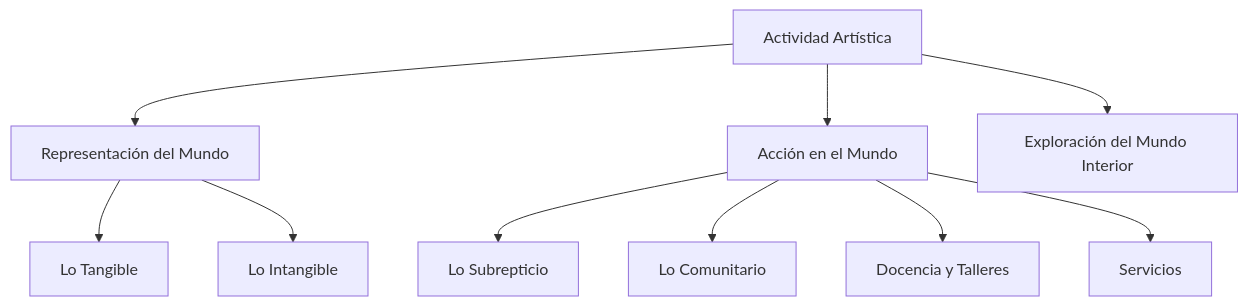
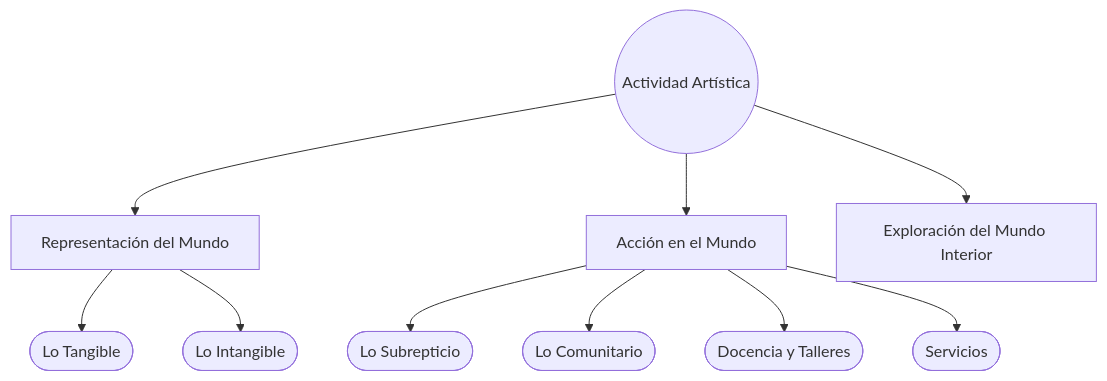
The diagram in ES/index.md (EGGS-Artesvisuales/EGGS-Artesvisuales.github.io), drawn with Mermaid before and after one commit. The commit also changed other lines of this file, not shown here.

```diff
--- a/ES/index.md
+++ b/ES/index.md
@@ -27,32 +26,32 @@
 <div class="mermaid">
 graph TD
-  principal[Actividad Artística]
+  principal((Actividad Artística))
   representacion[Representación del Mundo]
   accion[Acción en el Mundo]
   interior[Exploración del Mundo Interior]
 
   principal --> representacion
   principal --> accion
   principal --> interior
 
-  representacion --> tangible[Lo Tangible]
-  representacion --> intangible[Lo Intangible]
+  representacion --> tangible([Lo Tangible])
+  representacion --> intangible([Lo Intangible])
 
-  accion --> subrepticio[Lo Subrepticio]
-  accion --> comunitario[Lo Comunitario]
-  accion --> docencia[Docencia y Talleres]
-  accion --> servicios[Servicios]
+  accion --> subrepticio([Lo Subrepticio])
+  accion --> comunitario([Lo Comunitario])
+  accion --> docencia([Docencia y Talleres])
+  accion --> servicios([Servicios])
 
   click principal "/ES/index.html" "Ir al Inicio"
   click representacion "/ES/mundo-exterior.html" "Ver Representación del Mundo"
   click tangible "/ES/tangible.html" "Explorar Lo Tangible"
   click intangible "/ES/intangible.html" "Explorar Lo Intangible"
 
   click accion "/ES/accion.html" "Ver Acción en el Mundo"
   click subrepticio "/ES/subrepticio.html" "Ver Lo Subrepticio"
   click comunitario "/ES/comunitario.html" "Ver Lo Comunitario"
   click docencia "/ES/docencia.html" "Ver Docencia y Talleres"
   click servicios "/ES/servicios.html" "Ver Servicios"
 
   click interior "/ES/interior.html" "Explorar Mundo Interior"
 </div>
```
